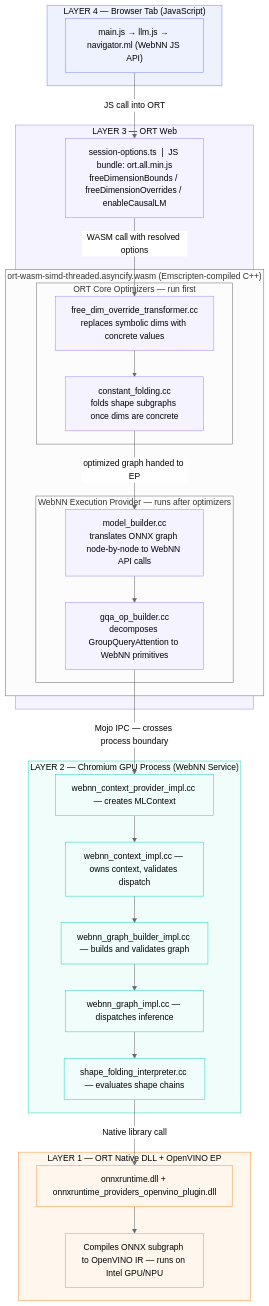
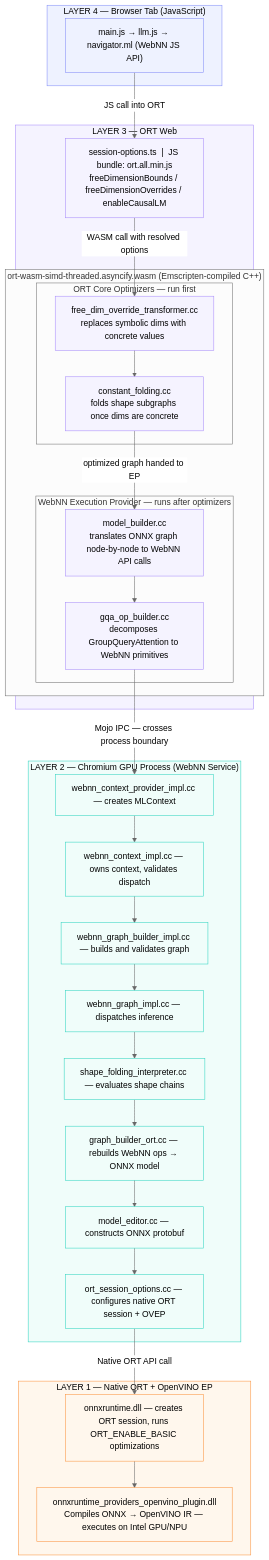
One commit to arisha07/webnn-developer-preview-genai changed the first of 2 diagrams in docs/webnn-text-generation-architecture.md. Above: the diagram before and after it, drawn with Mermaid (neutral theme). The commit also changed other lines of this file, not shown here.

Commit message:
update flowchart and few other things

````diff
--- a/docs/webnn-text-generation-architecture.md
+++ b/docs/webnn-text-generation-architecture.md
@@ -14,53 +14,57 @@
 ```mermaid
 flowchart TB
     subgraph L4["LAYER 4 — Browser Tab (JavaScript)"]
         L4A["main.js → llm.js → navigator.ml (WebNN JS API)"]
     end
 
     subgraph L3["LAYER 3 — ORT Web"]
         L3JS["session-options.ts  |  JS bundle: ort.all.min.js\nfreeDimensionBounds / freeDimensionOverrides / enableCausalLM"]
         subgraph L3WASM["ort-wasm-simd-threaded.asyncify.wasm  (Emscripten-compiled C++)"]
             subgraph L3ORT["ORT Core Optimizers — run first"]
                 L3B["free_dim_override_transformer.cc\nreplaces symbolic dims with concrete values"]
                 L3C["constant_folding.cc\nfolds shape subgraphs once dims are concrete"]
             end
             subgraph L3EP["WebNN Execution Provider — runs after optimizers"]
                 L3E["model_builder.cc\ntranslates ONNX graph node-by-node to WebNN API calls"]
                 L3F["gqa_op_builder.cc\ndecomposes GroupQueryAttention to WebNN primitives"]
             end
         end
     end
 
     subgraph L2["LAYER 2 — Chromium GPU Process (WebNN Service)"]
         L2A["webnn_context_provider_impl.cc — creates MLContext"]
         L2B["webnn_context_impl.cc — owns context, validates dispatch"]
         L2C["webnn_graph_builder_impl.cc — builds and validates graph"]
         L2D["webnn_graph_impl.cc — dispatches inference"]
         L2E["shape_folding_interpreter.cc — evaluates shape chains"]
+        L2F["graph_builder_ort.cc — rebuilds WebNN ops → ONNX model"]
+        L2G["model_editor.cc — constructs ONNX protobuf"]
+        L2H["ort_session_options.cc — configures native ORT session + OVEP"]
     end
 
-    subgraph L1["LAYER 1 — ORT Native DLL + OpenVINO EP"]
-        L1A["onnxruntime.dll + onnxruntime_providers_openvino_plugin.dll"]
-        L1B["Compiles ONNX subgraph to OpenVINO IR — runs on Intel GPU/NPU"]
+    subgraph L1["LAYER 1 — Native ORT + OpenVINO EP"]
+        L1A["onnxruntime.dll — creates ORT session, runs ORT_ENABLE_BASIC optimizations"]
+        L1B["onnxruntime_providers_openvino_plugin.dll\nCompiles ONNX → OpenVINO IR — executes on Intel GPU/NPU"]
     end
 
     L4A  -->|"JS call into ORT"| L3JS
     L3JS -->|"WASM call with resolved options"| L3B
     L3B  --> L3C
     L3C  -->|"optimized graph handed to EP"| L3E
     L3E  --> L3F
     L3F  -->|"Mojo IPC — crosses process boundary"| L2A
     L2A  --> L2B --> L2C --> L2D --> L2E
-    L2E  -->|"Native library call"| L1A
+    L2E  --> L2F --> L2G --> L2H
+    L2H  -->|"Native ORT API call"| L1A
     L1A  --> L1B
 
     classDef layer4 stroke:#818cf8,fill:#eef2ff,color:#000
     classDef layer3 stroke:#a78bfa,fill:#f5f3ff,color:#000
     classDef layer2 stroke:#2dd4bf,fill:#f0fdfa,color:#000
     classDef layer1 stroke:#fb923c,fill:#fff7ed,color:#000
 
     class L4,L4A layer4
     class L3,L3JS,L3B,L3C,L3E,L3F layer3
-    class L2,L2A,L2B,L2C,L2D,L2E layer2
+    class L2,L2A,L2B,L2C,L2D,L2E,L2F,L2G,L2H layer2
     class L1,L1A,L1B layer1
 ```
````
